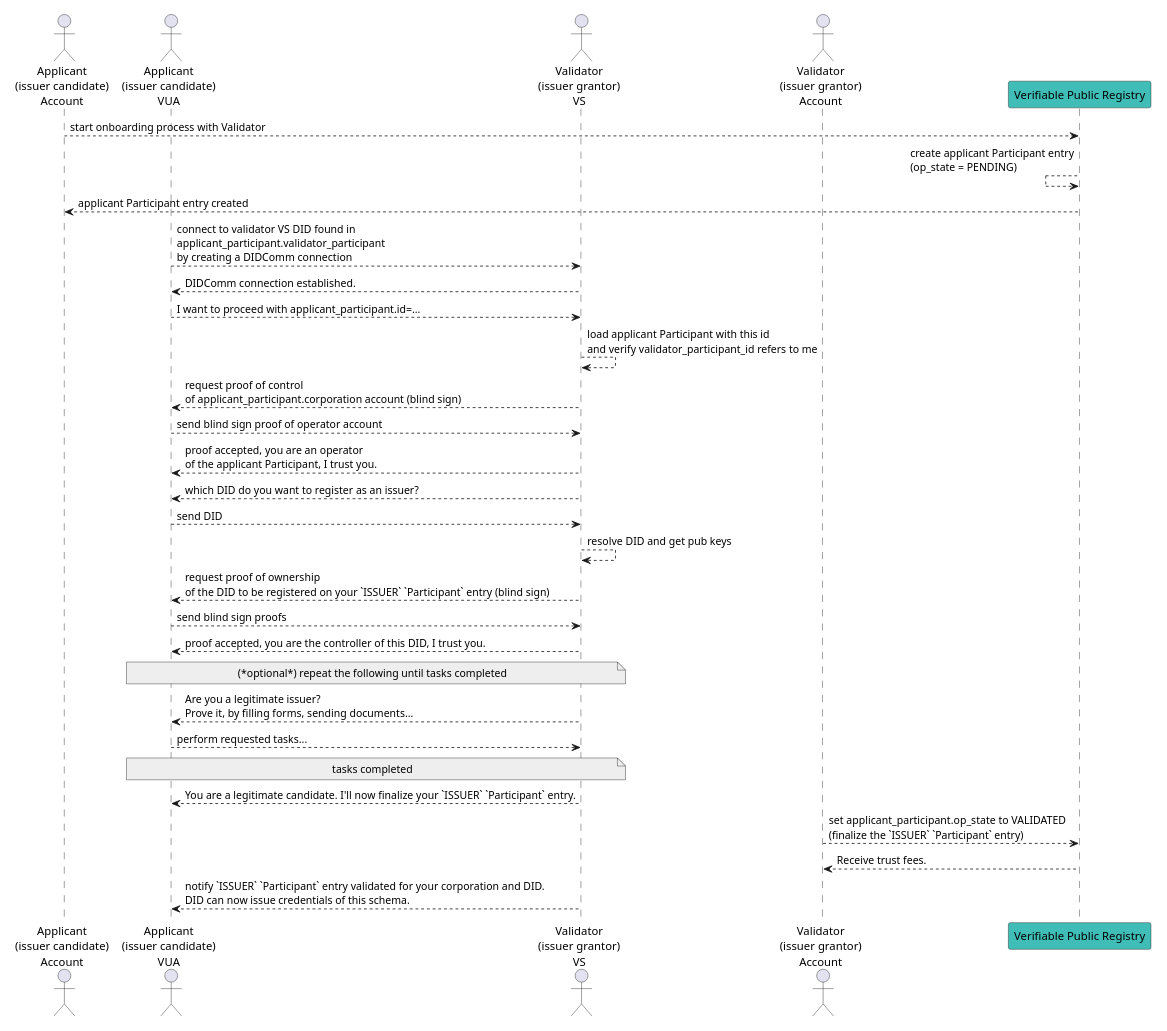
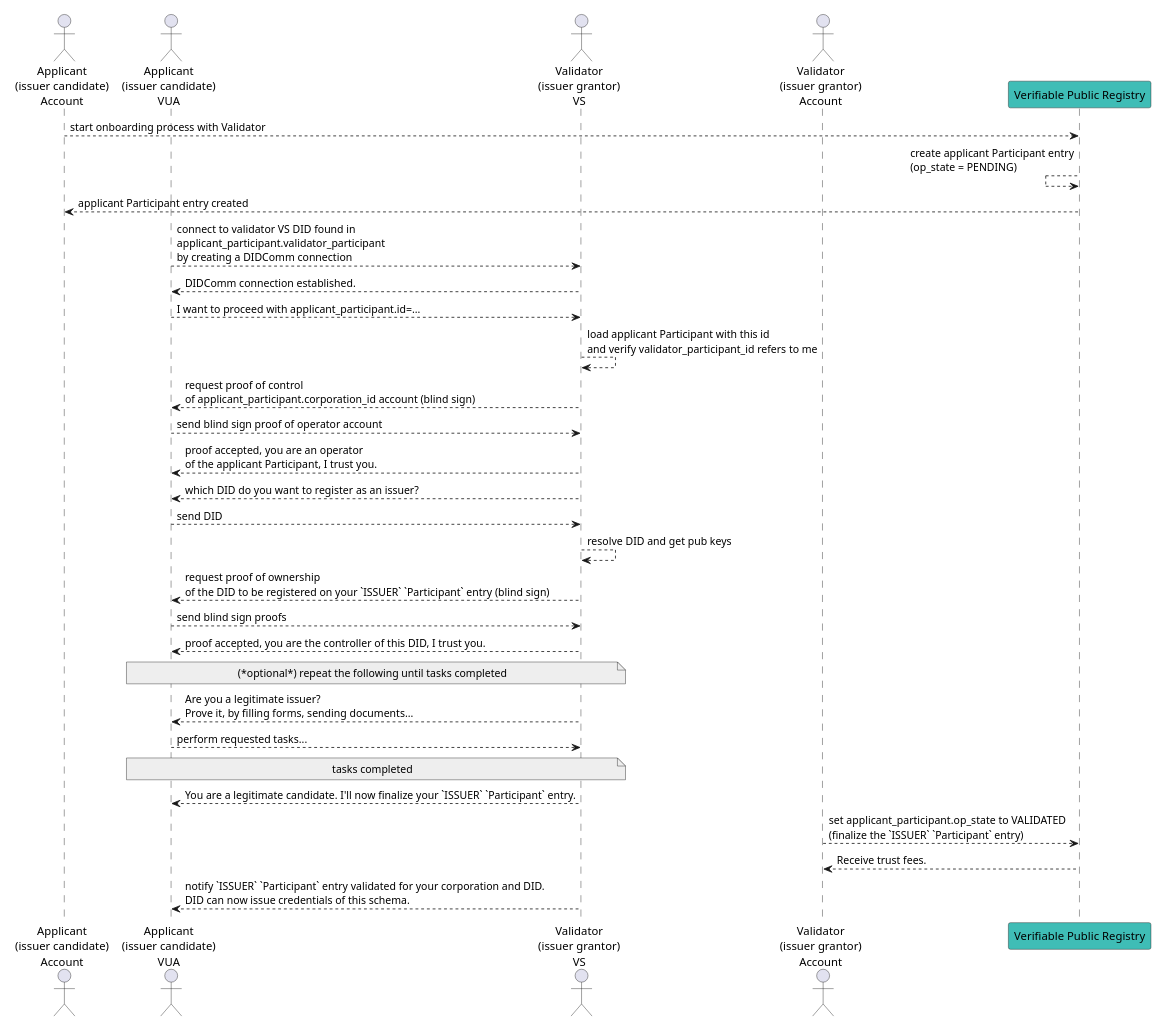
One commit to verana-labs/verifiable-trust-vpr-spec changed the seventh of 21 diagrams in spec.md. Above: the diagram before and after it, drawn with PlantUML. The commit also changed other lines of this file, not shown here.

First line of the commit message:
spec: corporation/authorization model overhaul + audit pass

````diff
--- a/spec.md
+++ b/spec.md
@@ -681,35 +678,35 @@
 ```plantuml
 scale max 800 width
 actor "Applicant\n(issuer candidate)\nAccount" as ApplicantAccount 
 actor "Applicant\n(issuer candidate)\nVUA" as ApplicantBrowser 
 
 actor "Validator\n(issuer grantor)\nVS" as ValidatorVS
 actor "Validator\n(issuer grantor)\nAccount" as ValidatorAccount
 
 participant "Verifiable Public Registry" as VPR #3fbdb6
 
 ApplicantAccount --> VPR: start onboarding process with Validator
 VPR <-- VPR: create applicant Participant entry\n(op_state = PENDING)
 ApplicantAccount <-- VPR: applicant Participant entry created
 ApplicantBrowser --> ValidatorVS: connect to validator VS DID found in\napplicant_participant.validator_participant\nby creating a DIDComm connection
 ApplicantBrowser <-- ValidatorVS: DIDComm connection established.
 ApplicantBrowser --> ValidatorVS: I want to proceed with applicant_participant.id=...
 ValidatorVS --> ValidatorVS: load applicant Participant with this id\nand verify validator_participant_id refers to me
-ApplicantBrowser <-- ValidatorVS: request proof of control\nof applicant_participant.corporation account (blind sign)
+ApplicantBrowser <-- ValidatorVS: request proof of control\nof applicant_participant.corporation_id account (blind sign)
 ApplicantBrowser --> ValidatorVS: send blind sign proof of operator account
 ApplicantBrowser <-- ValidatorVS: proof accepted, you are an operator\nof the applicant Participant, I trust you.
 ApplicantBrowser <-- ValidatorVS: which DID do you want to register as an issuer?
 ApplicantBrowser --> ValidatorVS: send DID
 ValidatorVS --> ValidatorVS: resolve DID and get pub keys
 ApplicantBrowser <-- ValidatorVS: request proof of ownership\nof the DID to be registered on your `ISSUER` `Participant` entry (blind sign)
 ApplicantBrowser --> ValidatorVS: send blind sign proofs
 ApplicantBrowser <-- ValidatorVS: proof accepted, you are the controller of this DID, I trust you.
 note over ApplicantBrowser, ValidatorVS #EEEEEE: (*optional*) repeat the following until tasks completed
 ApplicantBrowser <-- ValidatorVS: Are you a legitimate issuer?\nProve it, by filling forms, sending documents...
 ApplicantBrowser --> ValidatorVS: perform requested tasks...
 note over ApplicantBrowser, ValidatorVS #EEEEEE: tasks completed
 ApplicantBrowser <-- ValidatorVS: You are a legitimate candidate. I'll now finalize your `ISSUER` `Participant` entry.
 ValidatorAccount --> VPR #3fbdb6: set applicant_participant.op_state to VALIDATED\n(finalize the `ISSUER` `Participant` entry)
 VPR --> ValidatorAccount: Receive trust fees.
 ApplicantBrowser <-- ValidatorVS: notify `ISSUER` `Participant` entry validated for your corporation and DID.\nDID can now issue credentials of this schema.
 ```
````
